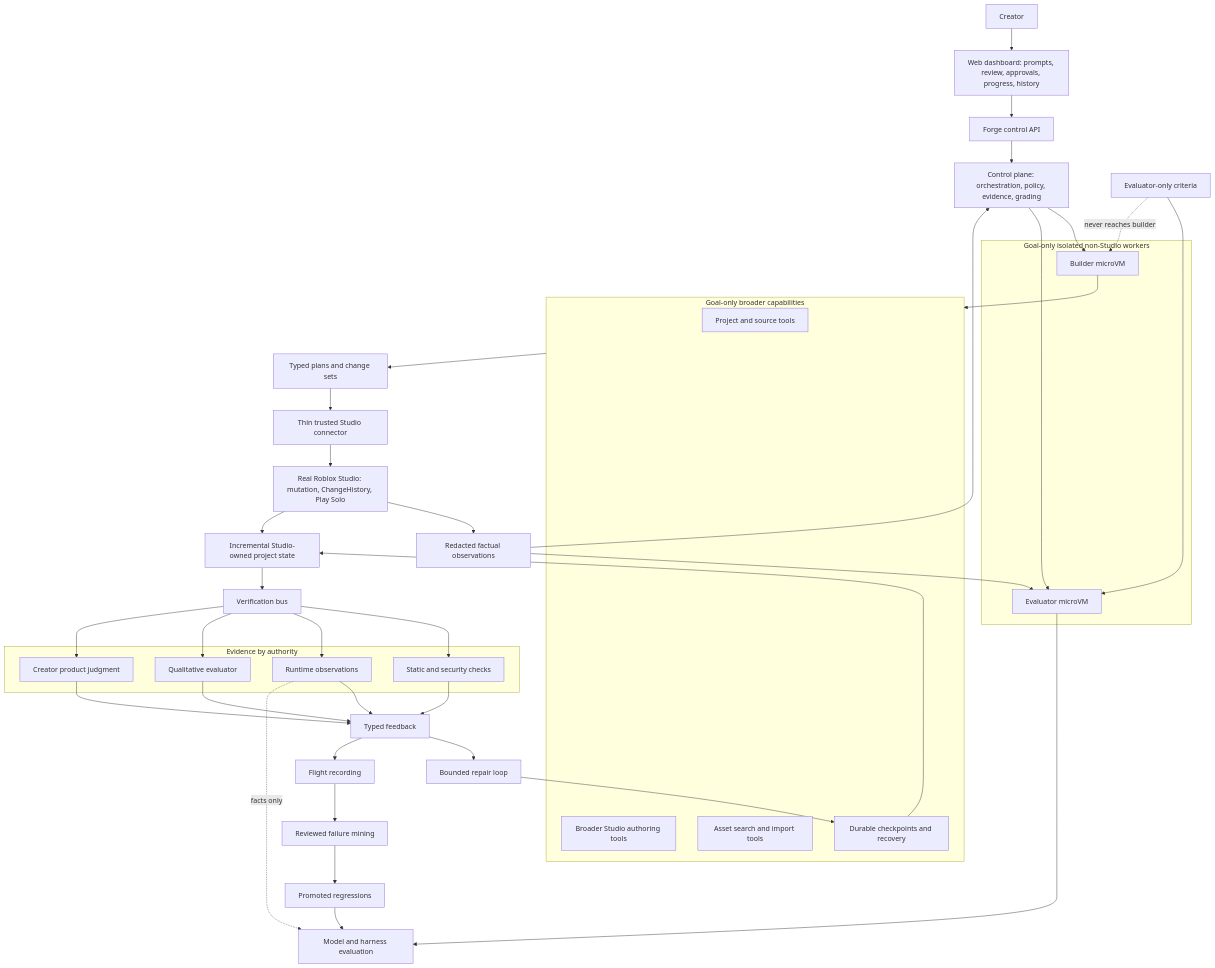
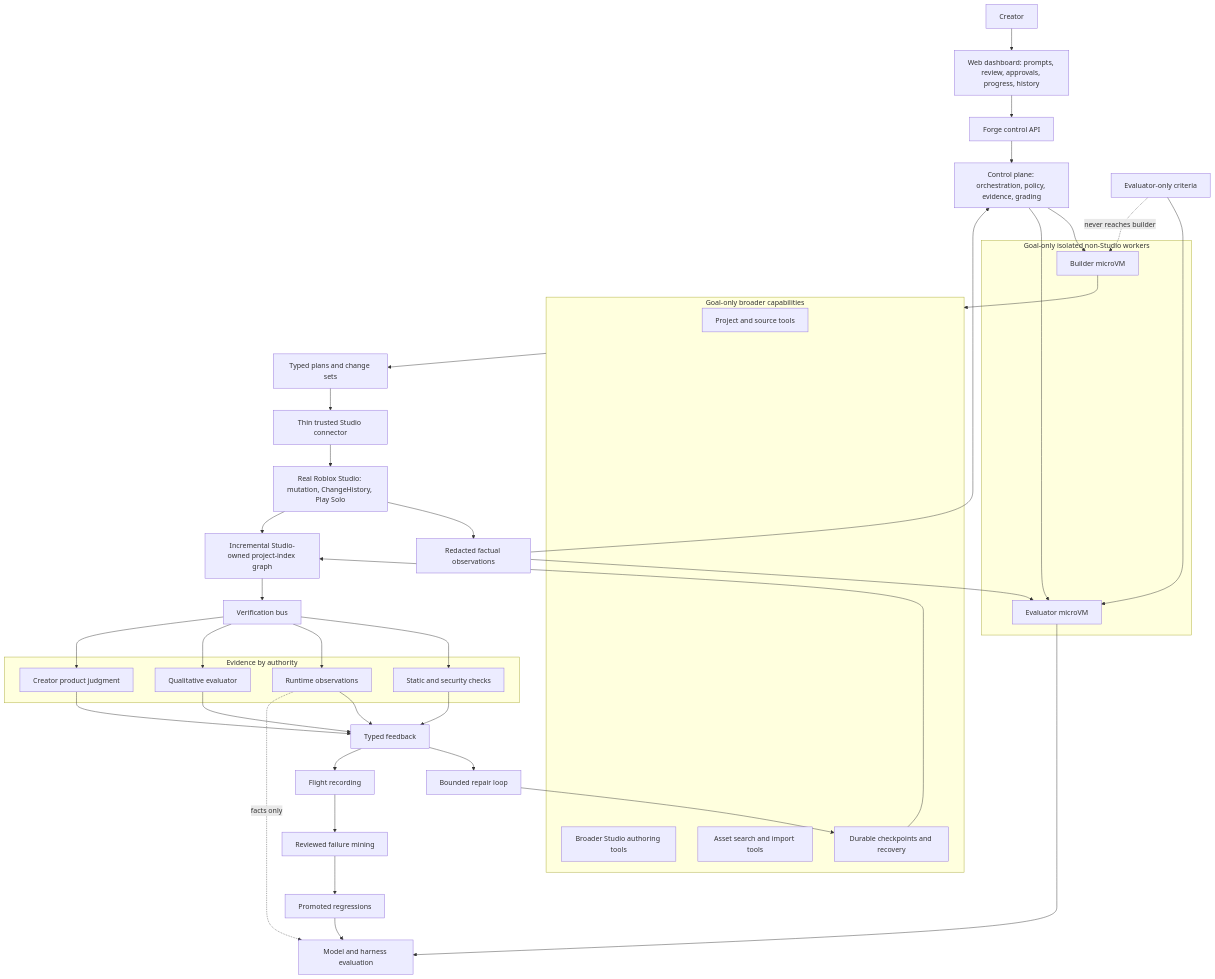
One commit to mawawdi/forge changed the third of 3 diagrams in docs/ARCHITECTURE.md. Above: the diagram before and after it, drawn with Mermaid. The commit also changed other lines of this file and 167 other files, not shown here.

````diff
--- a/docs/ARCHITECTURE.md
+++ b/docs/ARCHITECTURE.md
@@ -207,60 +257,60 @@
 ```mermaid
 flowchart TB
     creator[Creator] --> dashboard[Web dashboard: prompts, review, approvals, progress, history]
     dashboard --> api[Forge control API]
     api --> control[Control plane: orchestration, policy, evidence, grading]
 
     subgraph workers[Goal-only isolated non-Studio workers]
         builder_vm[Builder microVM]
         evaluator_vm[Evaluator microVM]
     end
 
     control --> builder_vm
     control --> evaluator_vm
     private[Evaluator-only criteria] --> evaluator_vm
     private -. never reaches builder .-> builder_vm
 
     subgraph tools[Goal-only broader capabilities]
         project[Project and source tools]
         studio[Broader Studio authoring tools]
         assets[Asset search and import tools]
         checkpoints[Durable checkpoints and recovery]
     end
 
     builder_vm --> tools
     tools --> plans[Typed plans and change sets]
     plans --> connector[Thin trusted Studio connector]
     connector --> real[Real Roblox Studio: mutation, ChangeHistory, Play Solo]
     real --> observations[Redacted factual observations]
     observations --> control
     observations --> evaluator_vm
-    real --> state[Incremental Studio-owned project state]
-    state --> bus[Verification bus]
+    real --> index_state[Incremental Studio-owned project-index graph]
+    index_state --> bus[Verification bus]
 
     subgraph evidence[Evidence by authority]
         static[Static and security checks]
         runtime[Runtime observations]
         qualitative[Qualitative evaluator]
         human[Creator product judgment]
     end
 
     bus --> static
     bus --> runtime
     bus --> qualitative
     bus --> human
     static --> feedback[Typed feedback]
     runtime --> feedback
     qualitative --> feedback
     human --> feedback
     feedback --> repair[Bounded repair loop]
     repair --> checkpoints
-    checkpoints --> state
+    checkpoints --> index_state
 
     feedback --> recorder[Flight recording]
     recorder --> mining[Reviewed failure mining]
     mining --> regressions[Promoted regressions]
     regressions --> evaluation[Model and harness evaluation]
 
     evaluator_vm --> evaluation
     runtime -. facts only .-> evaluation
 ```
````
